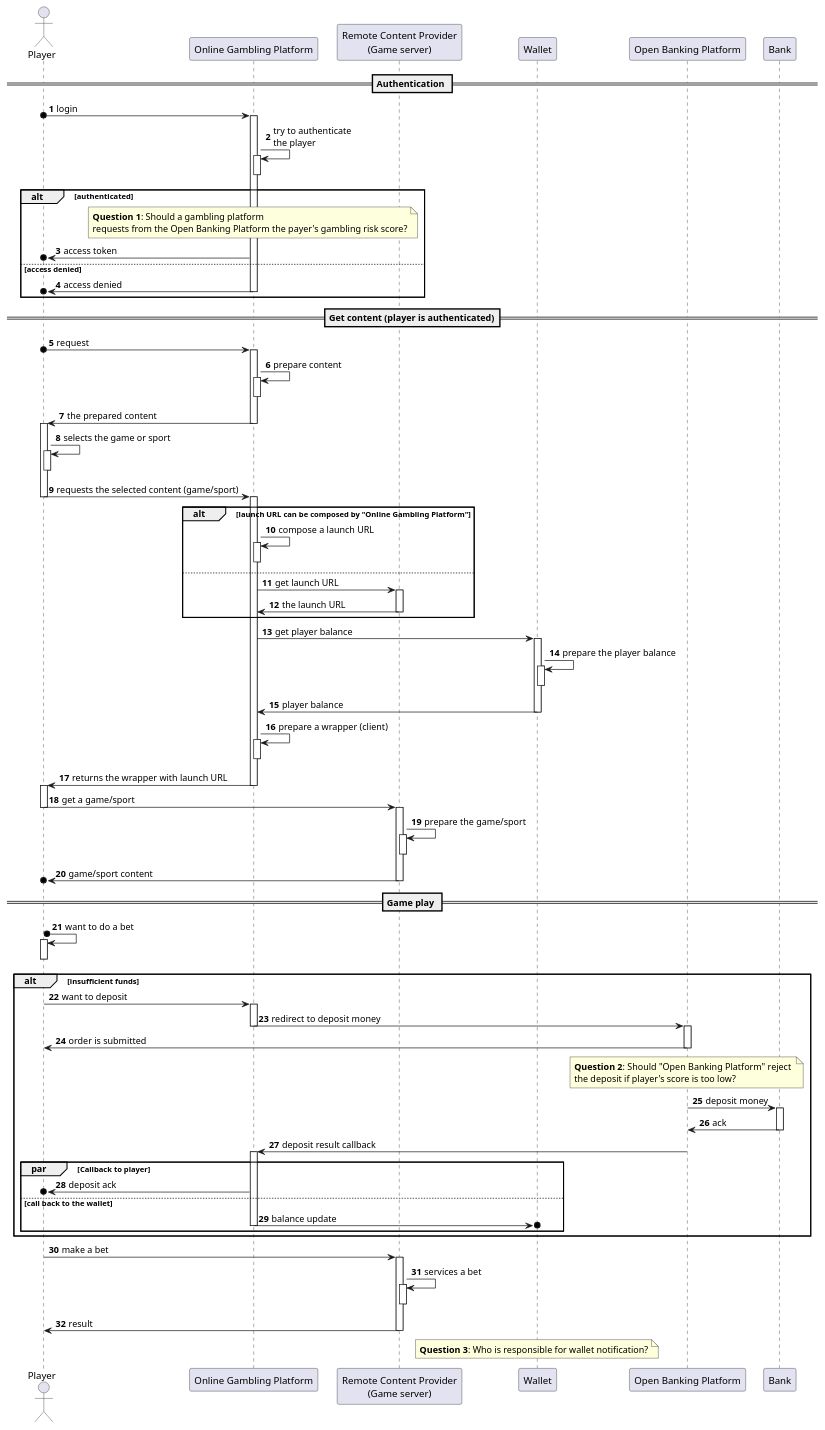
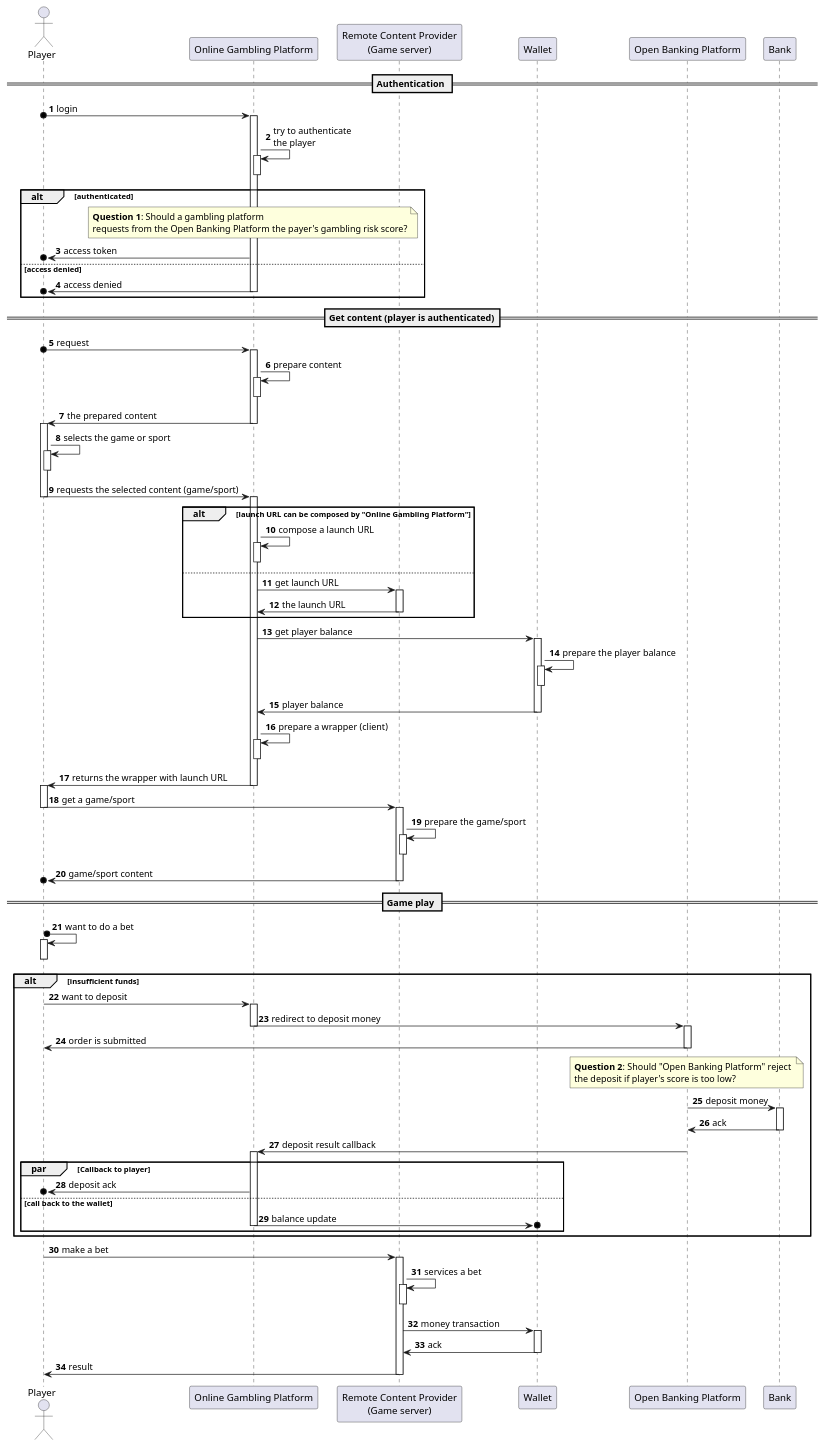
Before and after one commit to hkravtsov/affordability: the diagram in umls/general_flow.puml, drawn with PlantUML.

Commit message:
Refactoring - main flow

```diff
--- a/umls/general_flow.puml
+++ b/umls/general_flow.puml
@@ -1,70 +1,71 @@
 @startuml
 
 autonumber
 
 actor player as "Player"
 participant ogp as "Online Gambling Platform"
 participant rcp as "Remote Content Provider\n(Game server)"
 participant wallet as "Wallet"
 participant obp as "Open Banking Platform"
 participant bank as "Bank"
 
 == Authentication ==
 
 player o-> ogp++: login
 ogp -> ogp++--: try to authenticate\nthe player
 alt authenticated
   note over ogp: <b>Question 1</b>: Should a gambling platform \nrequests from the Open Banking Platform the payer's gambling risk score?
   ogp ->o player: access token
    else  access denied
   ogp ->o player--: access denied
 end
 
 == Get content (player is authenticated)==
 
 player o-> ogp++: request
 ogp -> ogp++--: prepare content
 ogp -> player--++: the prepared content
 player -> player++--: selects the game or sport
 player -> ogp--++: requests the selected content (game/sport)
 alt launch URL can be composed by "Online Gambling Platform"
   ogp -> ogp++--: compose a launch URL
 else
   ogp -> rcp++: get launch URL
   rcp -> ogp--: the launch URL
 end
 ogp -> wallet++: get player balance
 wallet -> wallet++--: prepare the player balance
 wallet -> ogp--: player balance
 ogp -> ogp++-- : prepare a wrapper (client)
 ogp -> player--++: returns the wrapper with launch URL
 player -> rcp--++: get a game/sport
 rcp -> rcp++--: prepare the game/sport
 rcp ->o player-- : game/sport content
 
 == Game play ==
 player o-> player++--: want to do a bet
 alt insufficient funds
   player -> ogp++: want to deposit
   ogp -> obp--++: redirect to deposit money
   obp -> player--: order is submitted
   note over obp: <b>Question 2</b>: Should "Open Banking Platform" reject \nthe deposit if player's score is too low?
   obp -> bank++: deposit money
   bank -> obp--: ack
   obp -> ogp: deposit result callback
   activate ogp
 
   par Callback to player
     ogp ->o player: deposit ack
   else call back to the wallet
     ogp ->o  wallet: balance update
     deactivate ogp
   end
 
 end
 player -> rcp++: make a bet
 rcp -> rcp++--: services a bet
+rcp -> wallet++: money transaction
+wallet -> rcp--: ack
 rcp -> player--: result
-note over wallet: <b>Question 3</b>: Who is responsible for wallet notification?
 
 @enduml
```
